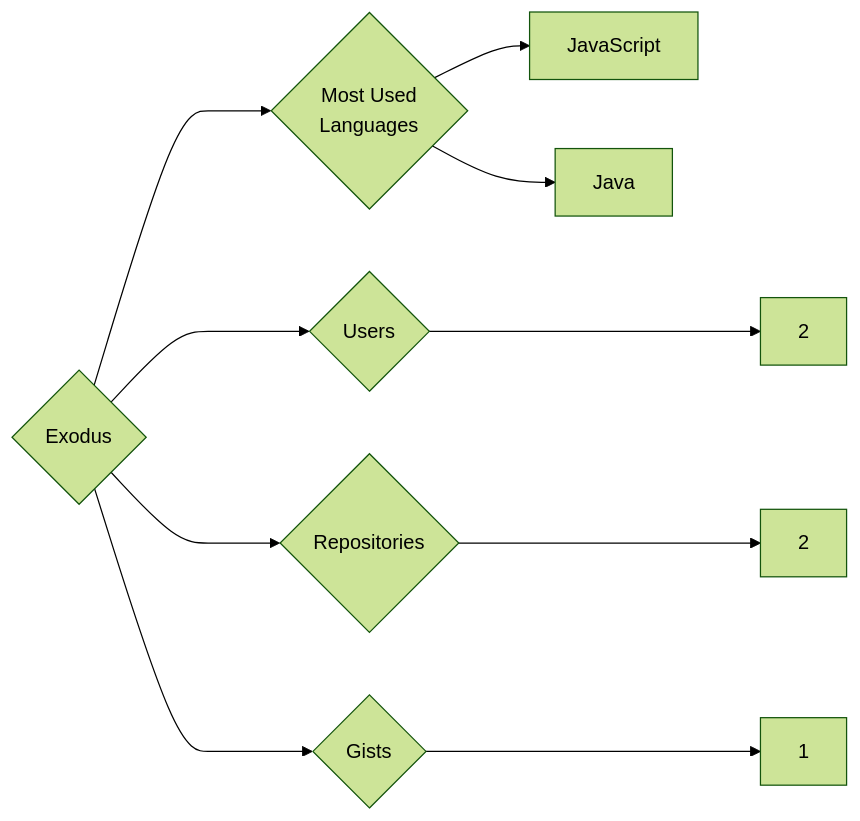
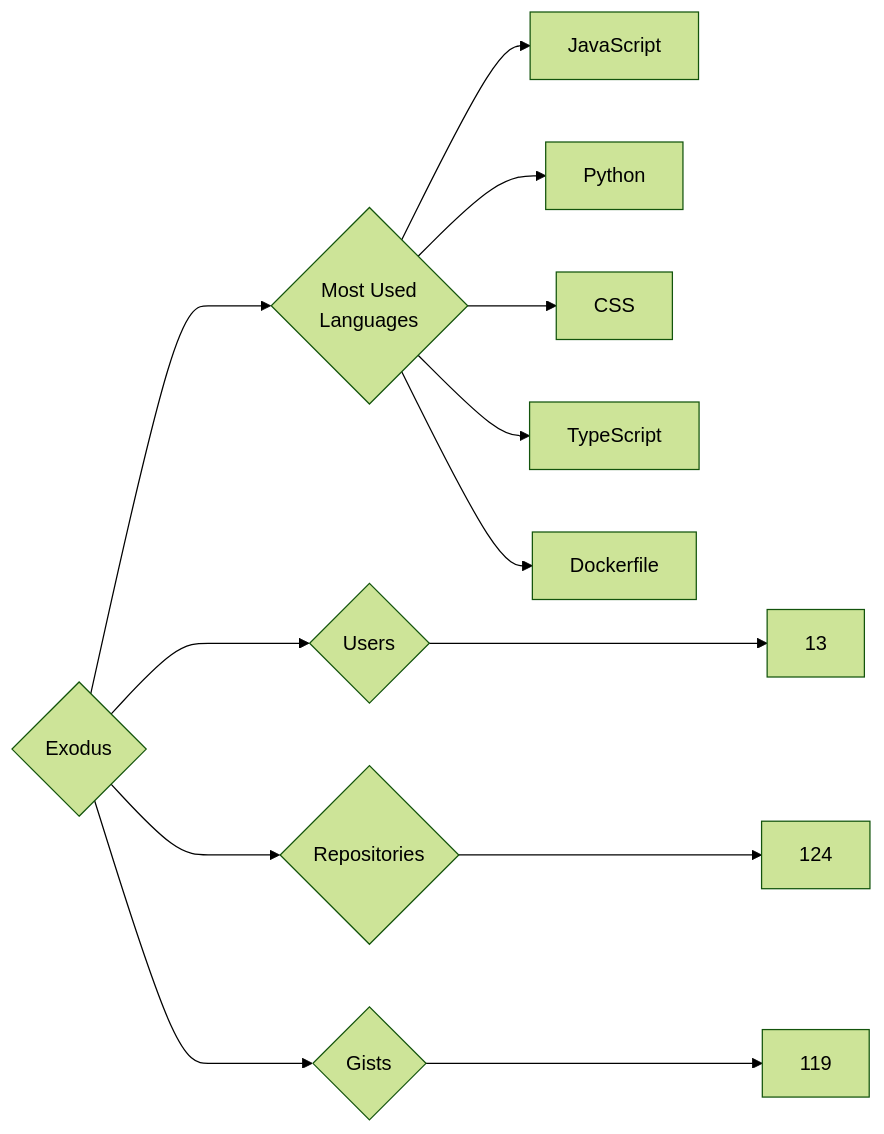
The diagram in targets/Exodus/README.md (trickest/insiders), drawn with Mermaid (forest theme) before and after one commit. The commit also changed 984 other files, not shown here.

````diff
--- a/targets/Exodus/README.md
+++ b/targets/Exodus/README.md
@@ -3,10 +3,13 @@
 ```mermaid
 graph LR
 COMPANY_NAME{Exodus}
-COMPANY_NAME ---> U{Users} ---> UN[2]
-COMPANY_NAME ---> R{Repositories} ---> RN[2]
-COMPANY_NAME ---> G{Gists} ---> GN[1]
+COMPANY_NAME ---> U{Users} ---> UN[13]
+COMPANY_NAME ---> R{Repositories} ---> RN[124]
+COMPANY_NAME ---> G{Gists} ---> GN[119]
 COMPANY_NAME ---> ML{Most Used<br>Languages}
 ML --> JavaScript[JavaScript]
-ML --> Java[Java]
+ML --> Python[Python]
+ML --> CSS[CSS]
+ML --> TypeScript[TypeScript]
+ML --> Dockerfile[Dockerfile]
 ```
````
